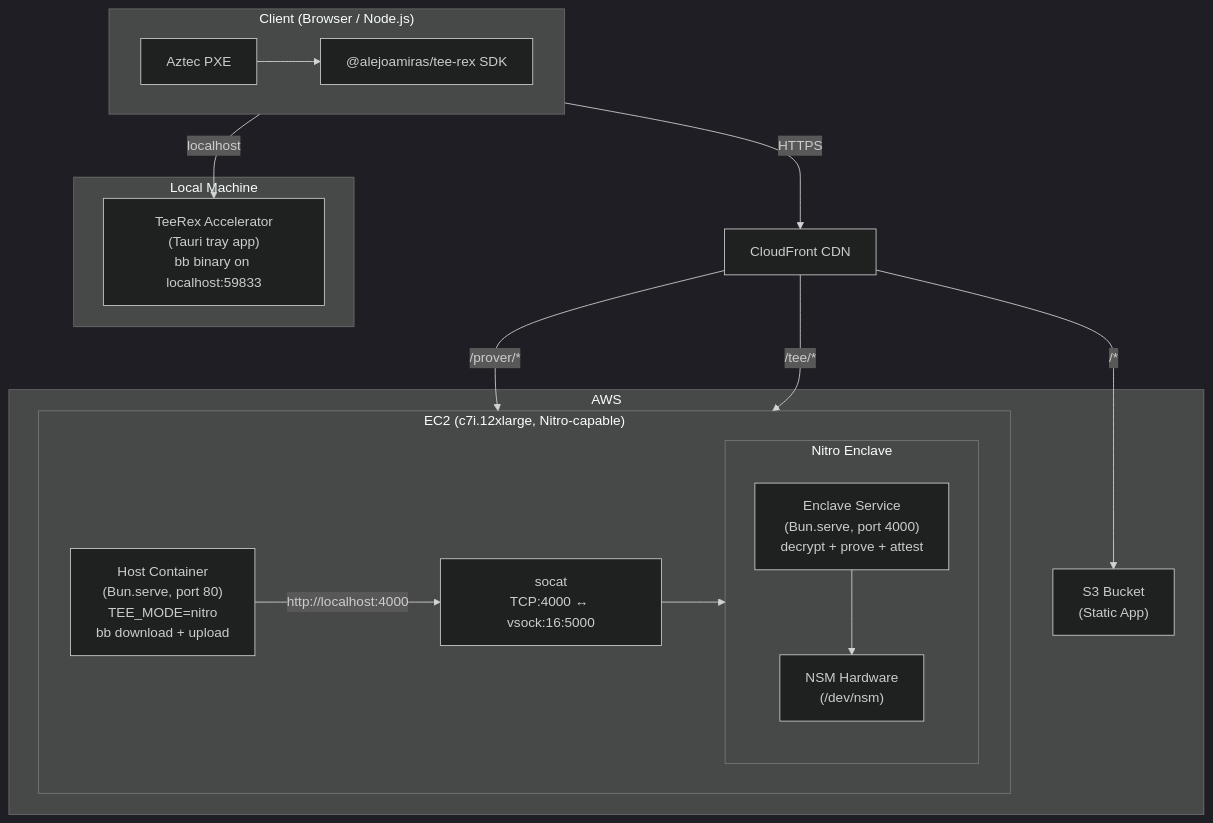
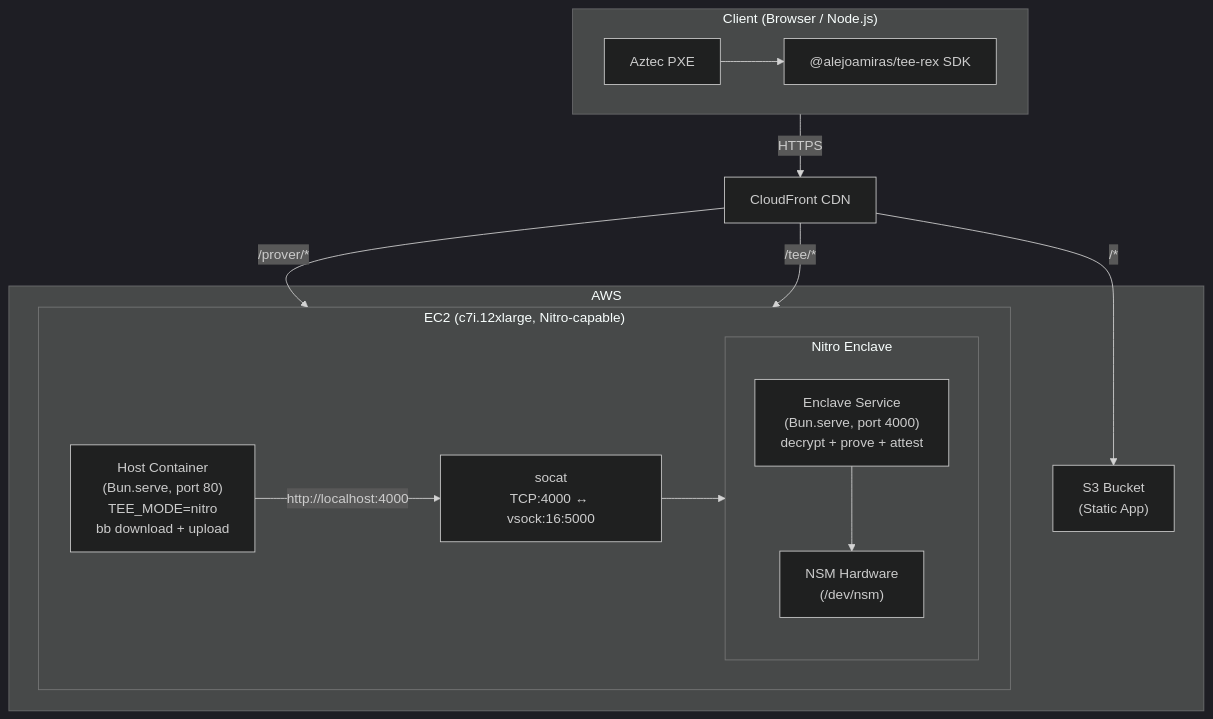
The first of 3 diagrams in docs/architecture.md (alejoamiras/tee-rex), drawn with Mermaid (dark theme) before and after one commit. The commit also changed other lines of this file and 117 other files, not shown here.

````diff
--- a/docs/architecture.md
+++ b/docs/architecture.md
@@ -7,36 +7,31 @@
 ```mermaid
 graph TB
   subgraph Client["Client (Browser / Node.js)"]
     PXE["Aztec PXE"]
     SDK["@alejoamiras/tee-rex SDK"]
     PXE --> SDK
-  end
-
-  subgraph Local["Local Machine"]
-    Accelerator["TeeRex Accelerator<br/>(Tauri tray app)<br/>bb binary on localhost:59833"]
   end
 
   CF["CloudFront CDN"]
 
   subgraph AWS["AWS"]
     S3["S3 Bucket<br/>(Static App)"]
 
     subgraph EC2["EC2 (c7i.12xlarge, Nitro-capable)"]
       Host["Host Container<br/>(Bun.serve, port 80)<br/>TEE_MODE=nitro<br/>bb download + upload"]
       Socat["socat<br/>TCP:4000 ↔ vsock:16:5000"]
       subgraph Enclave["Nitro Enclave"]
         EnclaveServer["Enclave Service<br/>(Bun.serve, port 4000)<br/>decrypt + prove + attest"]
         NSM["NSM Hardware<br/>(/dev/nsm)"]
         EnclaveServer --> NSM
       end
       Host -->|"http://localhost:4000"| Socat
       Socat --> Enclave
     end
   end
 
-  Client -->|"localhost"| Accelerator
   Client -->|"HTTPS"| CF
   CF -->|"/*"| S3
   CF -->|"/prover/*"| EC2
   CF -->|"/tee/*"| EC2
 ```
````
